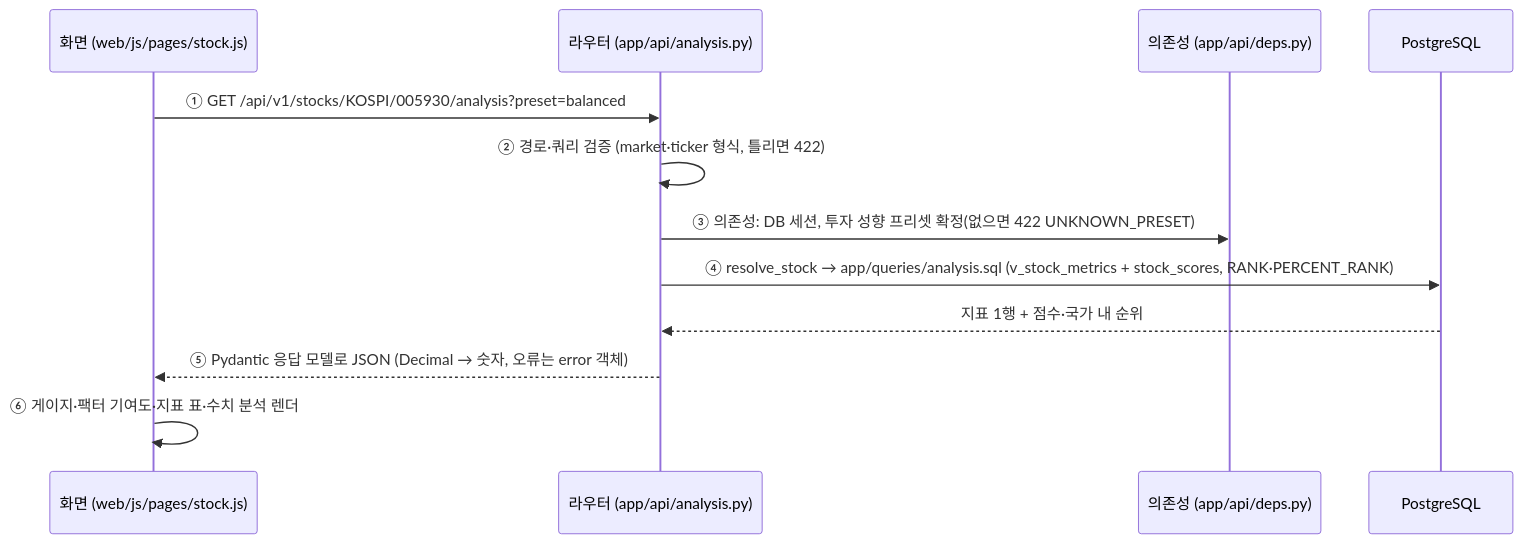
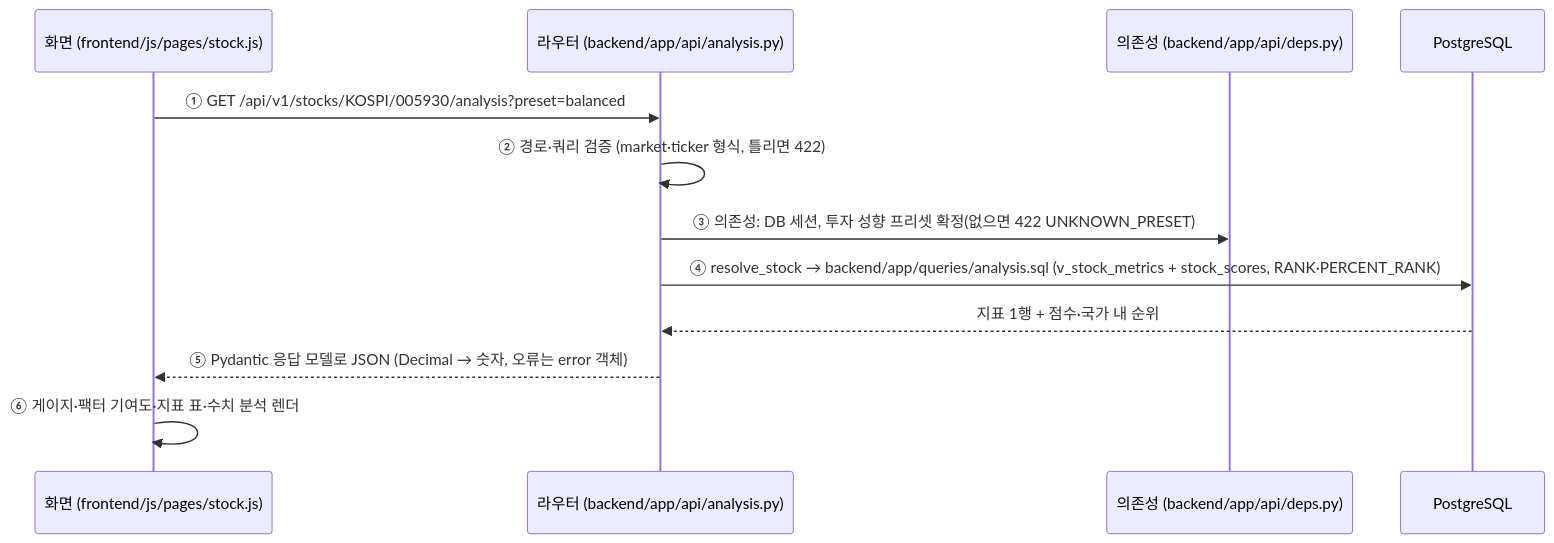
One commit to Hunseokc/ax_class_semiproject changed the third of 3 diagrams in docs/architecture.md. Above: the diagram before and after it, drawn with Mermaid. The commit also changed other lines of this file and 204 other files, not shown here.

First line of the commit message:
refactor: 저장소를 backend/·frontend/로 재구성하고 매력도 비교군·상장 목록 검색 반영

````diff
--- a/docs/architecture.md
+++ b/docs/architecture.md
@@ -74,14 +74,14 @@
 ```mermaid
 sequenceDiagram
-  participant W as 화면 (web/js/pages/stock.js)
-  participant R as 라우터 (app/api/analysis.py)
-  participant D as 의존성 (app/api/deps.py)
+  participant W as 화면 (frontend/js/pages/stock.js)
+  participant R as 라우터 (backend/app/api/analysis.py)
+  participant D as 의존성 (backend/app/api/deps.py)
   participant DB as PostgreSQL
   W->>R: ① GET /api/v1/stocks/KOSPI/005930/analysis?preset=balanced
   R->>R: ② 경로·쿼리 검증 (market·ticker 형식, 틀리면 422)
   R->>D: ③ 의존성: DB 세션, 투자 성향 프리셋 확정(없으면 422 UNKNOWN_PRESET)
-  R->>DB: ④ resolve_stock → app/queries/analysis.sql (v_stock_metrics + stock_scores, RANK·PERCENT_RANK)
+  R->>DB: ④ resolve_stock → backend/app/queries/analysis.sql (v_stock_metrics + stock_scores, RANK·PERCENT_RANK)
   DB-->>R: 지표 1행 + 점수·국가 내 순위
   R-->>W: ⑤ Pydantic 응답 모델로 JSON (Decimal → 숫자, 오류는 error 객체)
   W->>W: ⑥ 게이지·팩터 기여도·지표 표·수치 분석 렌더
 ```
````
